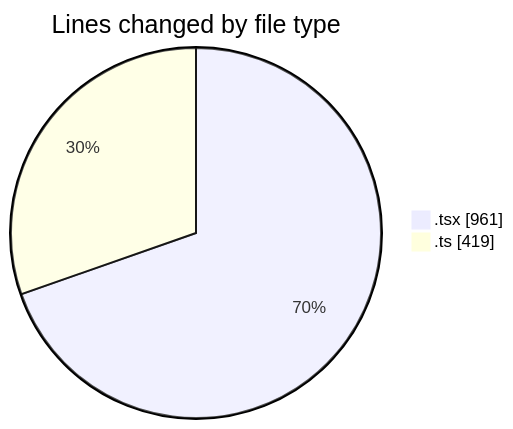
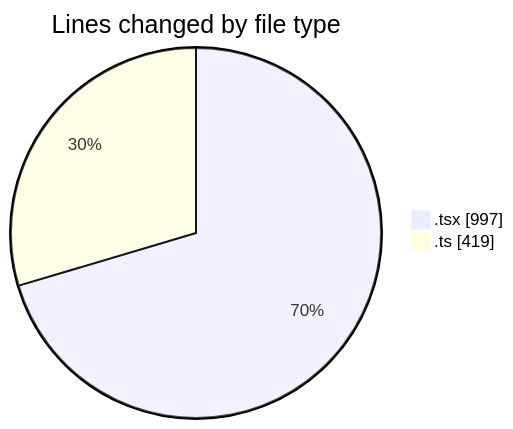
The first of 2 diagrams in 2025-10-16/eventscop-frontend-guide__workspace_/README.md (julien-gomy/code-tracking), drawn with Mermaid before and after one commit. The commit also changed other lines of this file and 1 other file, not shown here.

````diff
--- a/2025-10-16/eventscop-frontend-guide__workspace_/README.md
+++ b/2025-10-16/eventscop-frontend-guide__workspace_/README.md
@@ -31,6 +31,6 @@
 ```mermaid
 pie showData
 title Lines changed by file type
-".tsx" : 961
+".tsx" : 997
 ".ts" : 419
 ```
````
